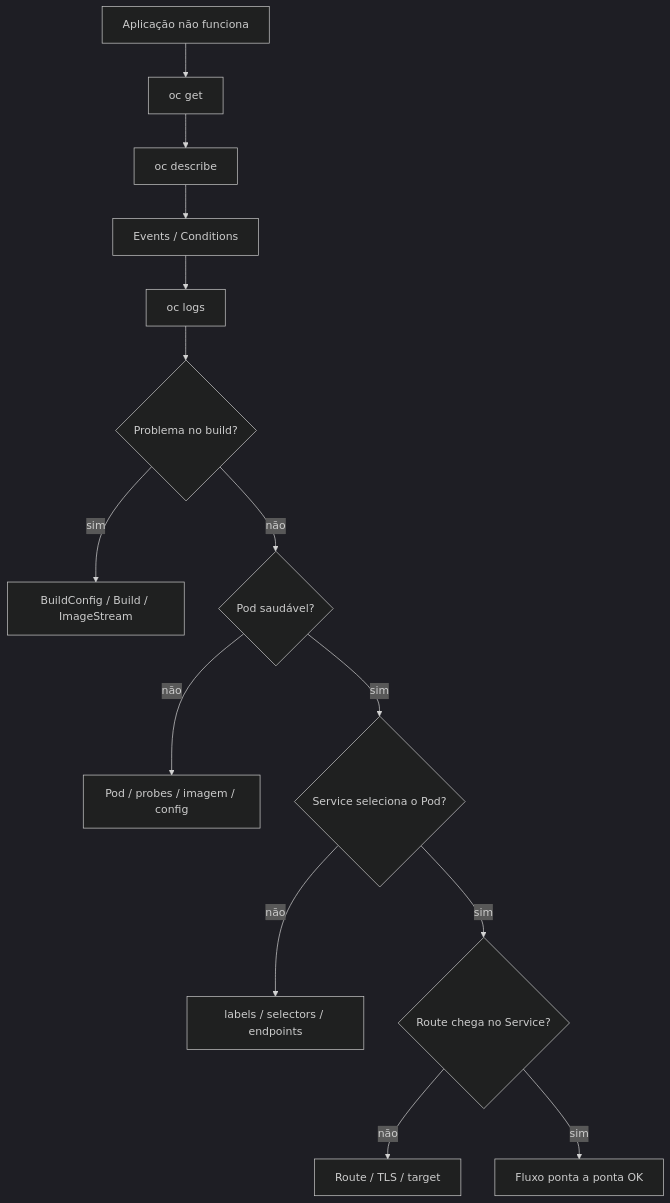
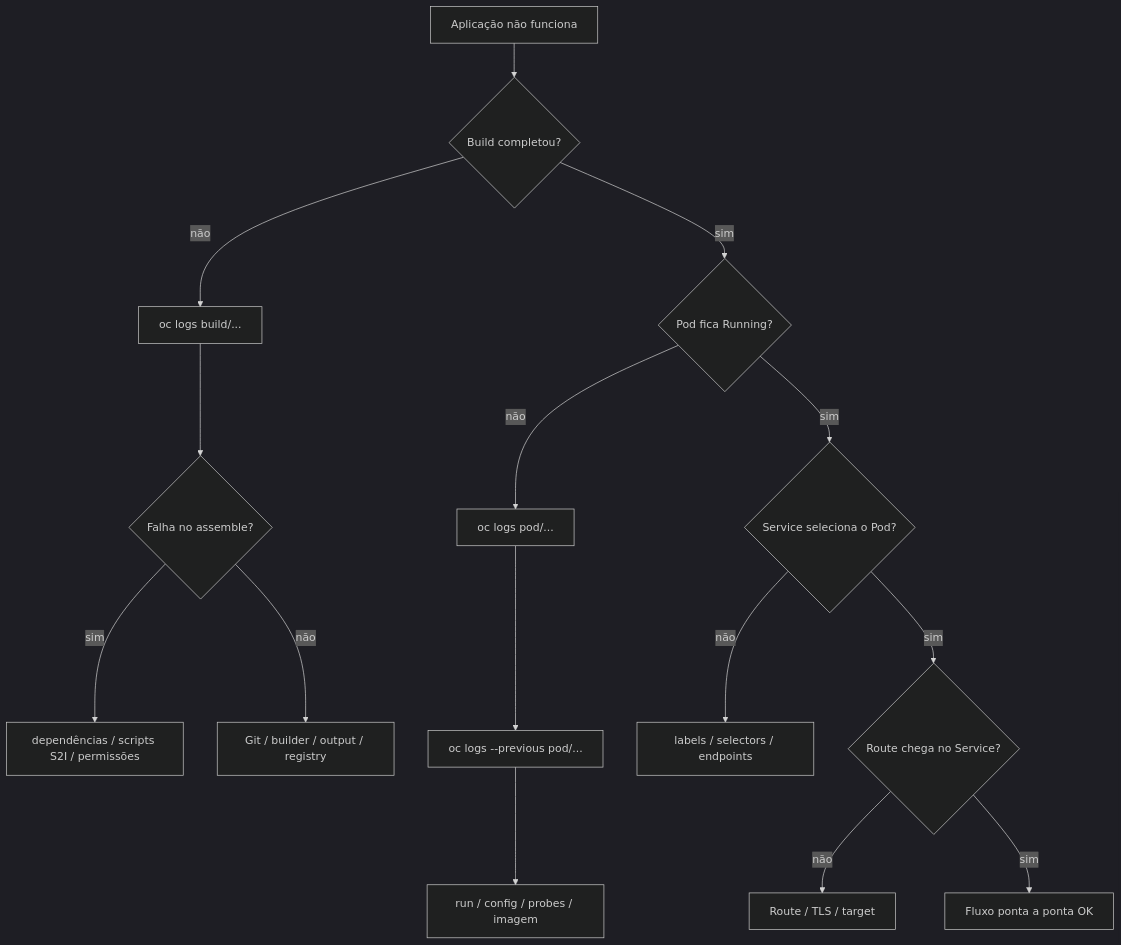
One commit to fmonticelli/ex288-labs changed the eighth of 9 diagrams in mindmap/README.md. Above: the diagram before and after it, drawn with Mermaid (dark theme). The commit also changed other lines of this file and 1 other file, not shown here.

````diff
--- a/mindmap/README.md
+++ b/mindmap/README.md
@@ -244,20 +380,22 @@
 ```mermaid
 flowchart TD
-    START[Aplicação não funciona] --> GET[oc get]
-    GET --> DESCRIBE[oc describe]
-    DESCRIBE --> EVENTS[Events / Conditions]
-    EVENTS --> LOGS[oc logs]
+    START[Aplicação não funciona] --> BUILDQ{Build completou?}
 
-    LOGS --> BUILDQ{Problema no build?}
-    BUILDQ -->|sim| BC[BuildConfig / Build / ImageStream]
-    BUILDQ -->|não| PODQ{Pod saudável?}
+    BUILDQ -->|não| BLOG[oc logs build/...]
+    BLOG --> ASSEMBLEQ{Falha no assemble?}
+    ASSEMBLEQ -->|sim| SOURCE[dependências / scripts S2I / permissões]
+    ASSEMBLEQ -->|não| BOTHER[Git / builder / output / registry]
 
-    PODQ -->|não| POD[Pod / probes / imagem / config]
+    BUILDQ -->|sim| PODQ{Pod fica Running?}
+
+    PODQ -->|não| PLOG[oc logs pod/...]
+    PLOG --> PREV[oc logs --previous pod/...]
+    PREV --> RUNTIME[run / config / probes / imagem]
+
     PODQ -->|sim| SVCQ{Service seleciona o Pod?}
-
     SVCQ -->|não| LABELS[labels / selectors / endpoints]
     SVCQ -->|sim| ROUTEQ{Route chega no Service?}
 
     ROUTEQ -->|não| ROUTE[Route / TLS / target]
     ROUTEQ -->|sim| OK[Fluxo ponta a ponta OK]
 ```
````
